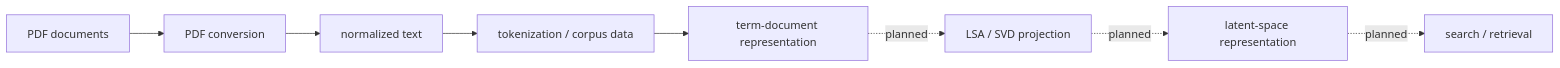
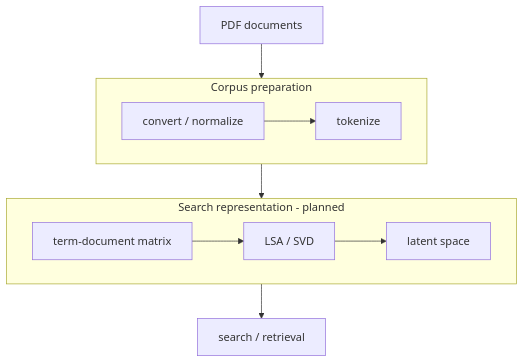
One commit to witold-k/witold-k changed the third of 6 diagrams in README.md. Above: the diagram before and after it, drawn with Mermaid. The commit also changed other lines of this file, not shown here.

Commit message:
Make document data-flow diagram more compact

````diff
--- a/README.md
+++ b/README.md
@@ -45,10 +45,18 @@
 ```mermaid
-flowchart LR
-    PDF[PDF documents] --> CONVERT[PDF conversion]
-    CONVERT --> TEXT[normalized text]
-    TEXT --> TOKENS[tokenization / corpus data]
-    TOKENS --> MATRIX[term-document representation]
-    MATRIX -.->|planned| LSA[LSA / SVD projection]
-    LSA -.->|planned| LATENT[latent-space representation]
-    LATENT -.->|planned| QUERY[search / retrieval]
+flowchart TB
+    PDF[PDF documents]
+
+    subgraph PREP[Corpus preparation]
+        direction LR
+        CONVERT[convert / normalize] --> TOKENS[tokenize]
+    end
+
+    subgraph SEARCH[Search representation - planned]
+        direction LR
+        MATRIX[term-document matrix] --> LSA[LSA / SVD] --> LATENT[latent space]
+    end
+
+    PDF --> CONVERT
+    TOKENS --> MATRIX
+    LATENT --> QUERY[search / retrieval]
 ```
````
